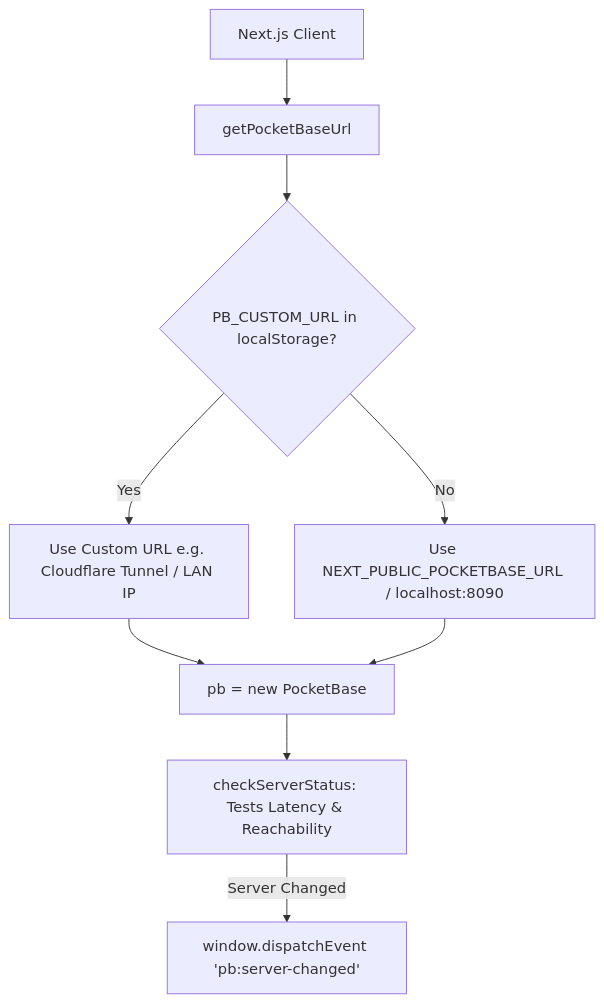
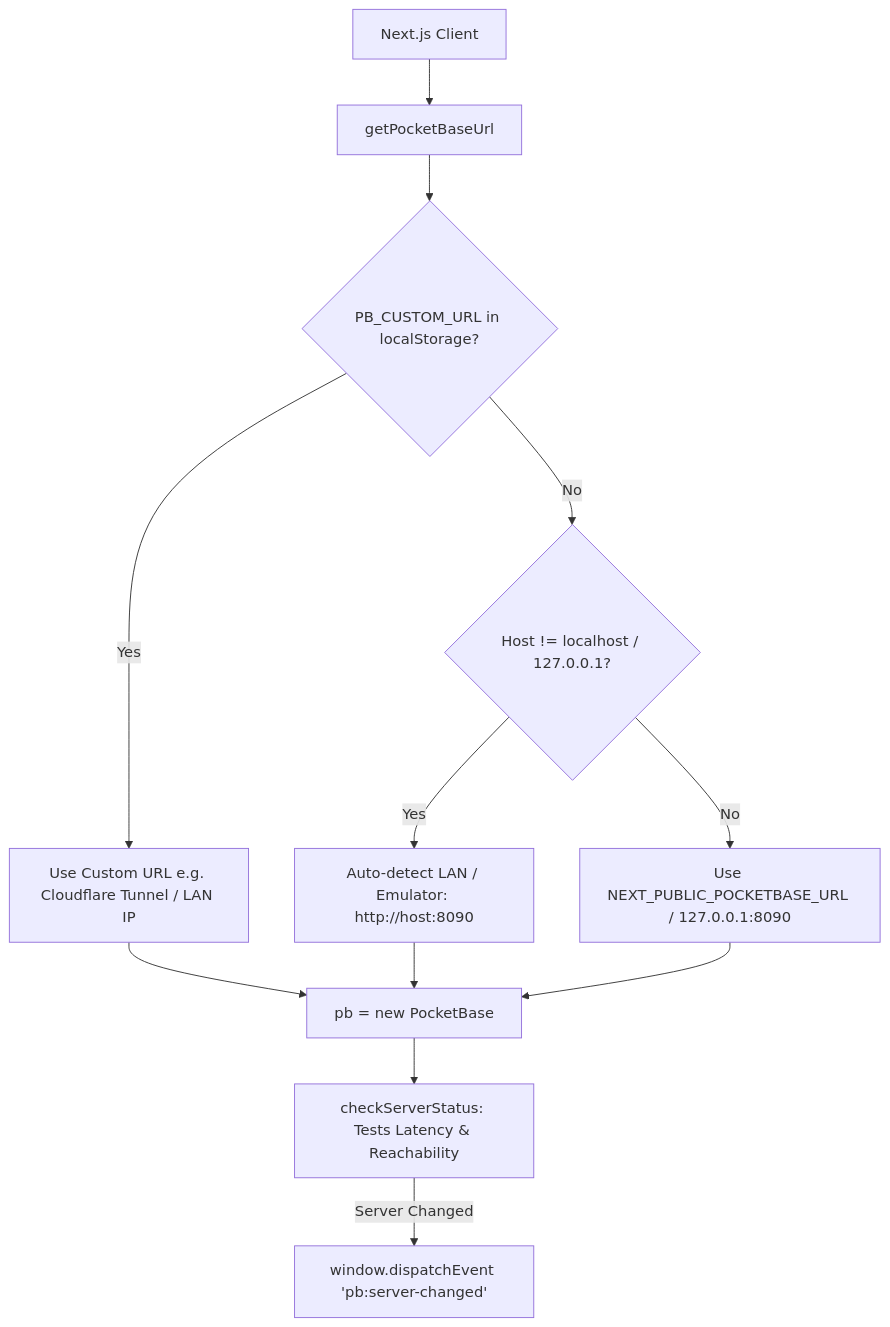
The fourth of 4 diagrams in docs/ARCHITECTURE.md (sivanandz/luminila_ERP), drawn with Mermaid before and after one commit. The commit also changed other lines of this file and 10 other files, not shown here.

````diff
--- a/docs/ARCHITECTURE.md
+++ b/docs/ARCHITECTURE.md
@@ -366,11 +369,14 @@
 ```mermaid
 graph TD
     Client[Next.js Client] --> Detect[getPocketBaseUrl]
     Detect --> CheckCustom{PB_CUSTOM_URL in localStorage?}
     CheckCustom -- Yes --> UseCustom[Use Custom URL e.g. Cloudflare Tunnel / LAN IP]
-    CheckCustom -- No --> UseDefault[Use NEXT_PUBLIC_POCKETBASE_URL / localhost:8090]
+    CheckCustom -- No --> CheckHost{Host != localhost / 127.0.0.1?}
+    CheckHost -- Yes --> UseLAN[Auto-detect LAN / Emulator: http://host:8090]
+    CheckHost -- No --> UseDefault[Use NEXT_PUBLIC_POCKETBASE_URL / 127.0.0.1:8090]
     UseCustom --> PBInstance[pb = new PocketBase]
+    UseLAN --> PBInstance
     UseDefault --> PBInstance
     PBInstance --> HealthCheck[checkServerStatus: Tests Latency & Reachability]
     HealthCheck -- Server Changed --> DispatchEvent[window.dispatchEvent 'pb:server-changed']
 ```
````
